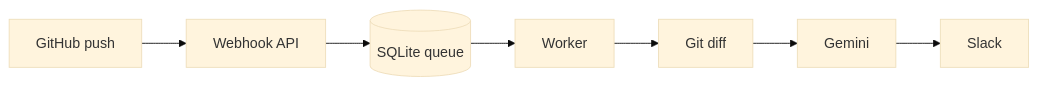
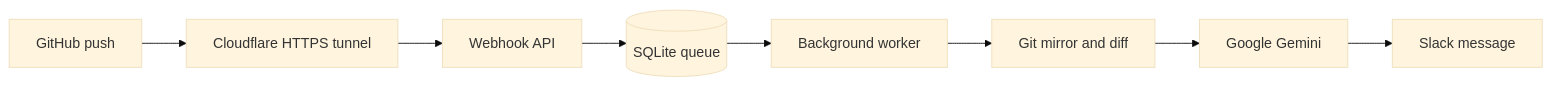
Before and after one commit to jvishwa-sqy/github-change-bot: the diagram in README.md, drawn with Mermaid (base theme). The commit also changed other lines of this file and 1 other file, not shown here.

````diff
--- a/README.md
+++ b/README.md
@@ -8,9 +14,10 @@
 ```mermaid
 flowchart LR
-    G[GitHub push] --> W[Webhook API]
-    W --> Q[(SQLite queue)]
-    Q --> R[Worker]
-    R --> D[Git diff]
-    D --> A[Gemini]
-    A --> S[Slack]
+    GitHub[GitHub push] --> Tunnel[Cloudflare HTTPS tunnel]
+    Tunnel --> API[Webhook API]
+    API --> Queue[(SQLite queue)]
+    Queue --> Worker[Background worker]
+    Worker --> Git[Git mirror and diff]
+    Git --> Gemini[Google Gemini]
+    Gemini --> Slack[Slack message]
 ```
````
